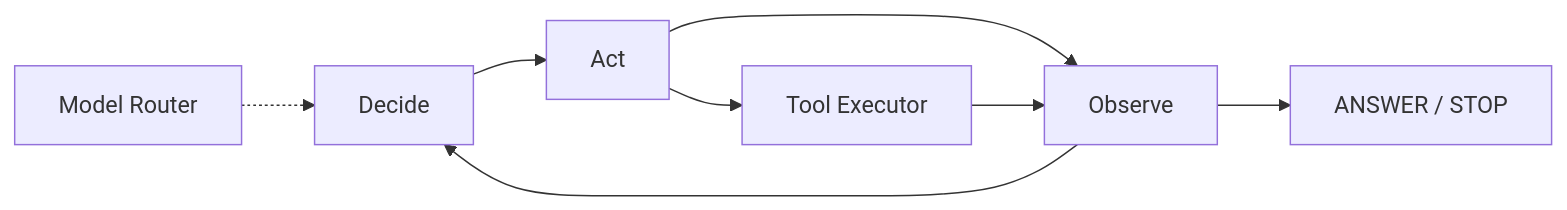
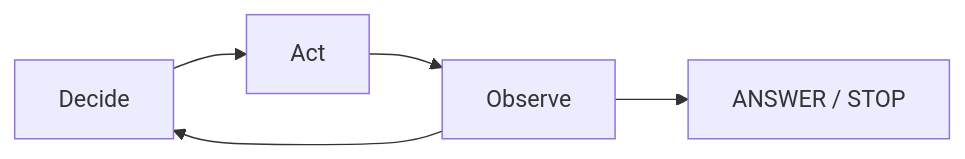
Before and after one commit to Erdoschn/Study-agent: the second of 3 diagrams in README.md, drawn with Mermaid. The commit also changed other lines of this file, not shown here.

Commit message:
docs: simplify architecture diagram

````diff
--- a/README.md
+++ b/README.md
@@ -112,20 +78,10 @@
 ```mermaid
 flowchart LR
-
     D["Decide"]
     A["Act"]
     O["Observe"]
-    FINISH["ANSWER / STOP"]
+    F["ANSWER / STOP"]
 
-    D --> A
-    A --> O
-    O --> D
-    O --> FINISH
-
-    MR["Model Router"]
-    TOOLS["Tool Executor"]
-
-    MR -.-> D
-    A --> TOOLS
-    TOOLS --> O
+    D --> A --> O --> D
+    O --> F
 ```
````
